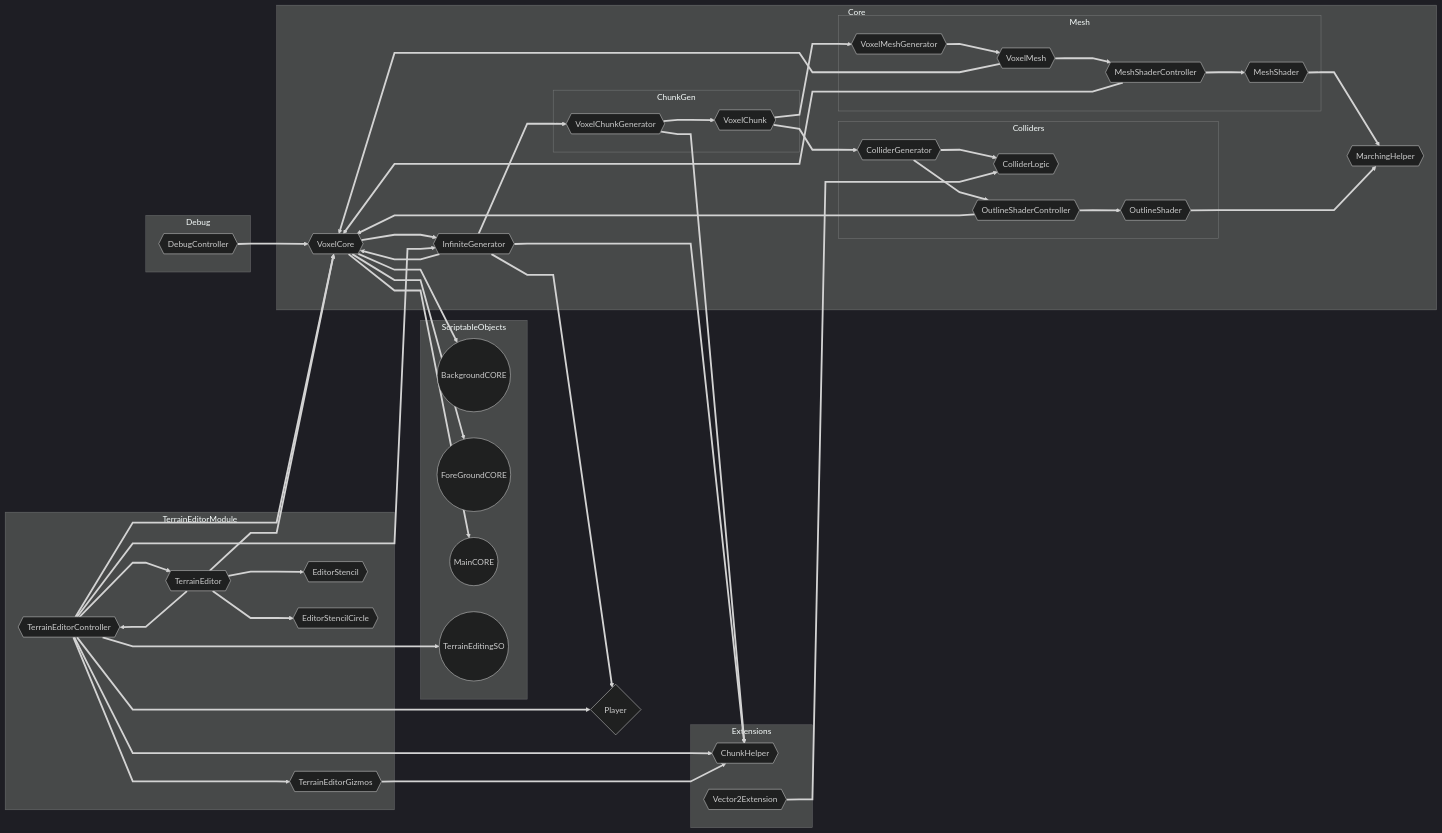
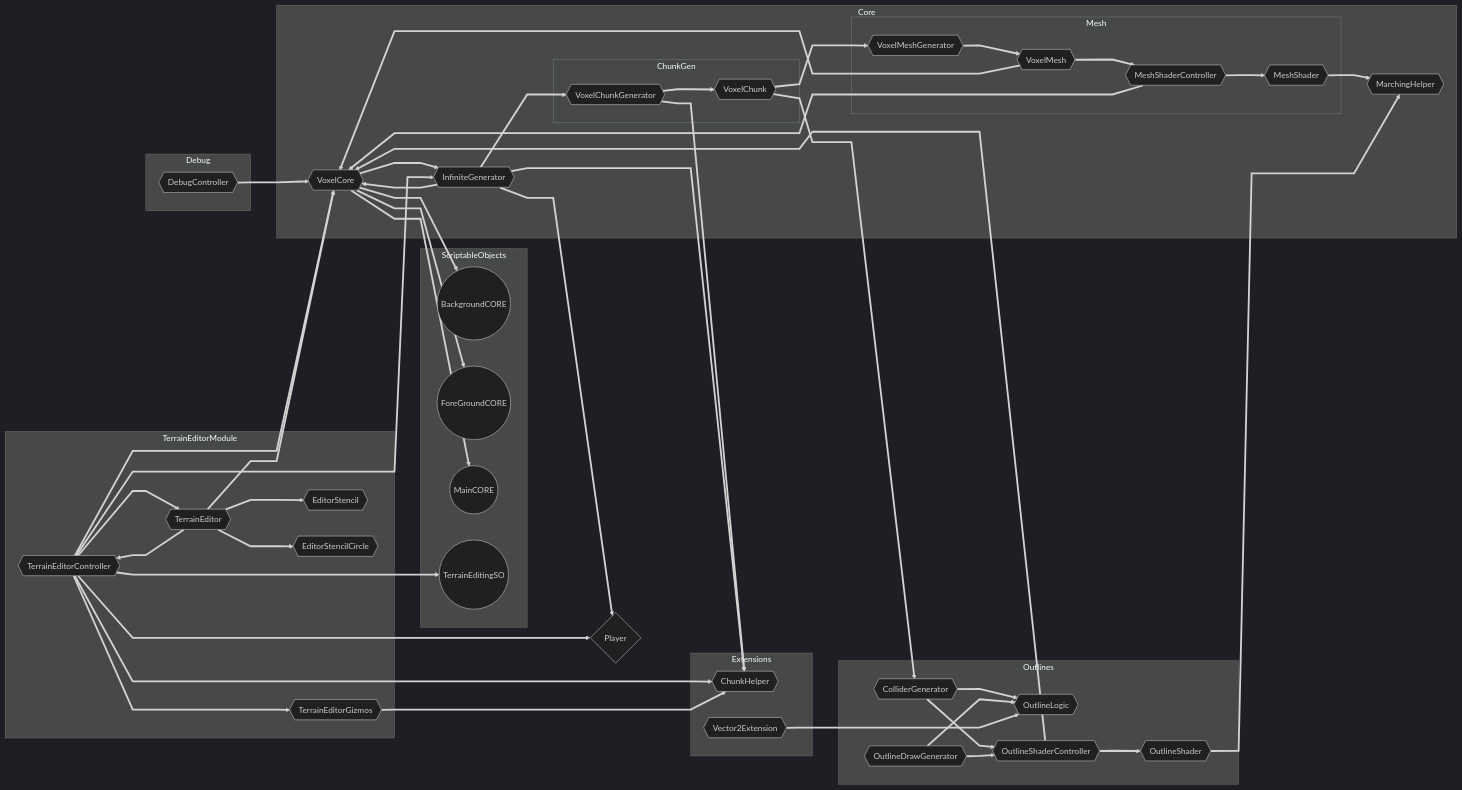
Before and after one commit to joesobo/Marching-Squares-2.0: the diagram in Assets/Graphs/CORE.md, drawn with Mermaid (dark theme).

Commit message:
docs: updated graph to reflect changes

```diff
--- a/Assets/Graphs/CORE.md
+++ b/Assets/Graphs/CORE.md
@@ -21,13 +21,6 @@
       VoxelChunk{{VoxelChunk}};
     end
 
-    subgraph Colliders
-      ColliderGenerator{{ColliderGenerator}};
-      ColliderLogic{{ColliderLogic}};
-      OutlineShaderController{{OutlineShaderController}};
-      OutlineShader{{OutlineShader}};
-    end
-
     subgraph Mesh
       VoxelMeshGenerator{{VoxelMeshGenerator}};
       VoxelMesh{{VoxelMesh}};
@@ -37,6 +30,15 @@
 
     MarchingHelper{{MarchingHelper}};
   end
+
+  %% Outlines
+  subgraph Outlines
+      ColliderGenerator{{ColliderGenerator}};
+      OutlineDrawGenerator{{OutlineDrawGenerator}};
+      OutlineLogic{{OutlineLogic}};
+      OutlineShaderController{{OutlineShaderController}};
+      OutlineShader{{OutlineShader}};
+    end
 
   %% Debug
   subgraph Debug
@@ -77,8 +79,11 @@
   VoxelChunk ==> ColliderGenerator;
   VoxelChunk ==> VoxelMeshGenerator;
 
-  ColliderGenerator ==> ColliderLogic;
+  ColliderGenerator ==> OutlineLogic;
   ColliderGenerator ==> OutlineShaderController;
+
+  OutlineDrawGenerator ==> OutlineLogic;
+  OutlineDrawGenerator ==> OutlineShaderController;
 
   VoxelMeshGenerator ==> VoxelMesh;
 
@@ -94,7 +99,7 @@
   MeshShader ==> MarchingHelper;
   OutlineShader ==> MarchingHelper;
 
-  Vector2Extension ==> ColliderLogic;
+  Vector2Extension ==> OutlineLogic;
 
   DebugController ==> VoxelCore;
 
```
